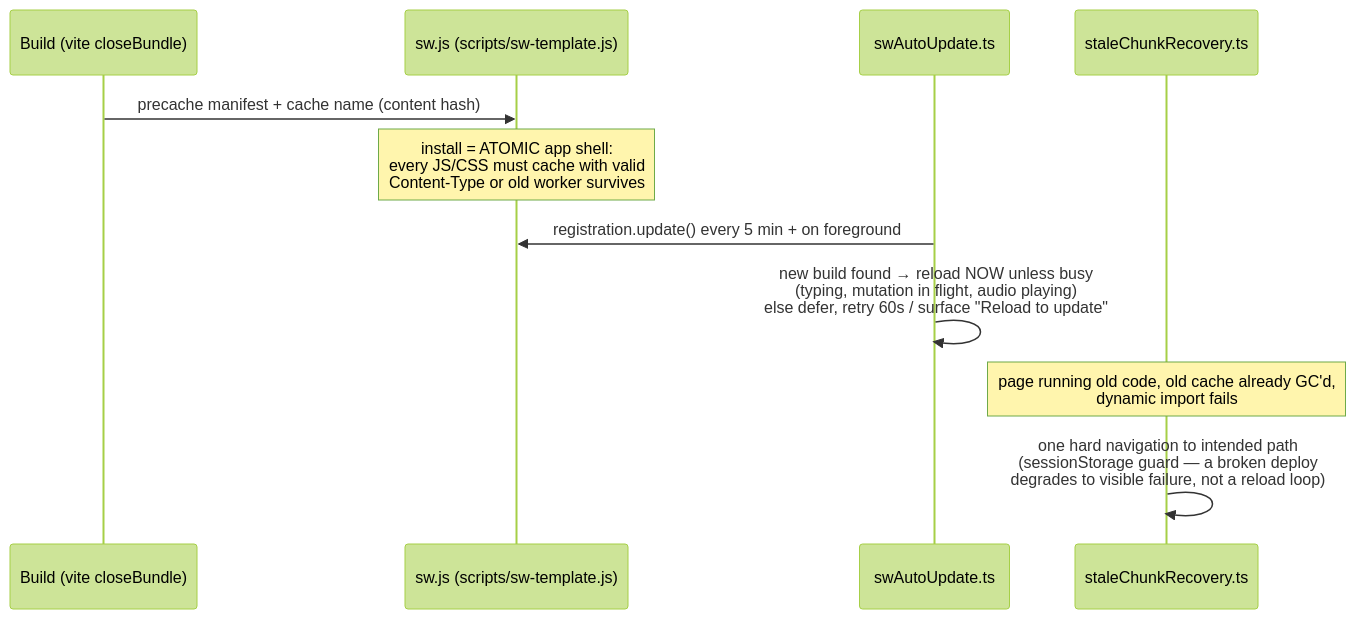
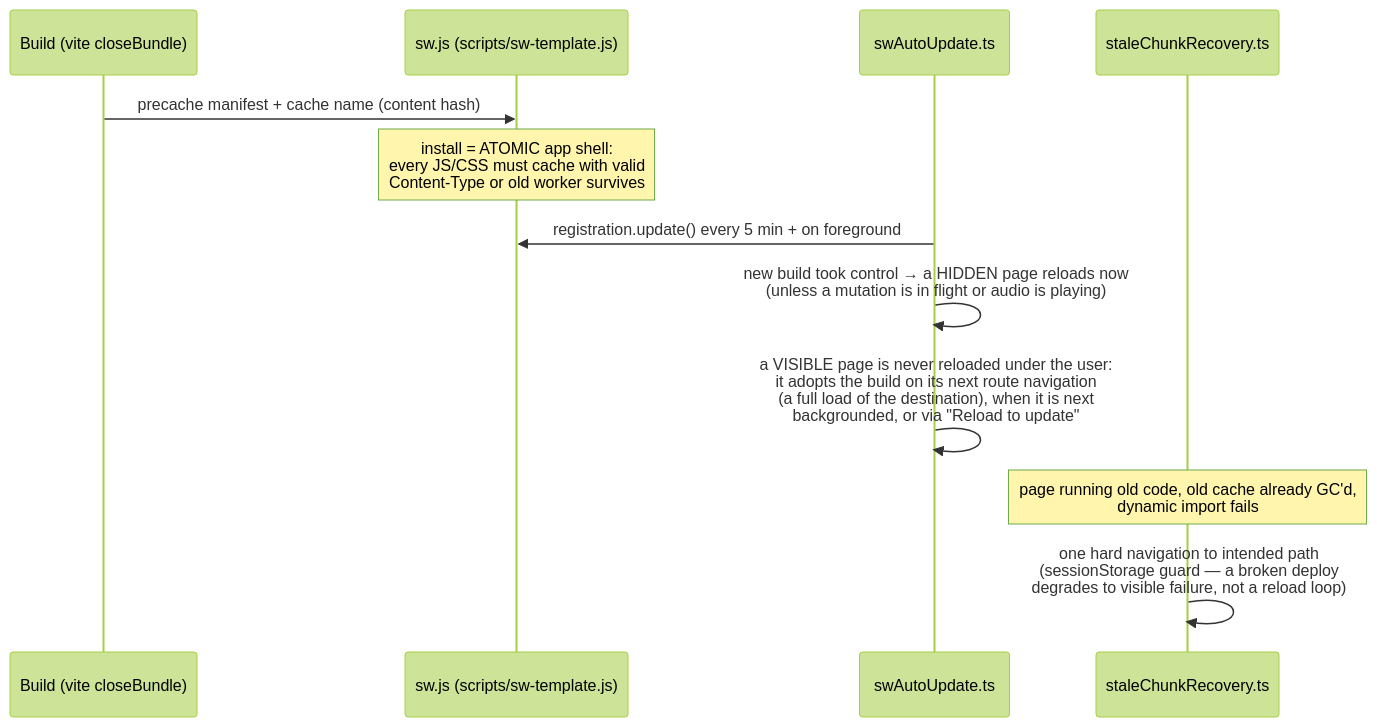
Before and after one commit to irongollem/grimoire: the fourth of 4 diagrams in context/architecture/internal.md, drawn with Mermaid (forest theme). The commit also changed other lines of this file and 13 other files, not shown here.

````diff
--- a/context/architecture/internal.md
+++ b/context/architecture/internal.md
@@ -149,14 +168,15 @@
 ```mermaid
 sequenceDiagram
     participant B as Build (vite closeBundle)
     participant SW as sw.js (scripts/sw-template.js)
     participant A as swAutoUpdate.ts
     participant R as staleChunkRecovery.ts
 
     B->>SW: precache manifest + cache name (content hash)
     Note over SW: install = ATOMIC app shell:<br/>every JS/CSS must cache with valid<br/>Content-Type or old worker survives
     A->>SW: registration.update() every 5 min + on foreground
-    A->>A: new build found → reload NOW unless busy<br/>(typing, mutation in flight, audio playing)<br/>else defer, retry 60s / surface "Reload to update"
+    A->>A: new build took control → a HIDDEN page reloads now<br/>(unless a mutation is in flight or audio is playing)
+    A->>A: a VISIBLE page is never reloaded under the user:<br/>it adopts the build on its next route navigation<br/>(a full load of the destination), when it is next<br/>backgrounded, or via "Reload to update"
     Note over R: page running old code, old cache already GC'd,<br/>dynamic import fails
     R->>R: one hard navigation to intended path<br/>(sessionStorage guard — a broken deploy<br/>degrades to visible failure, not a reload loop)
 ```
````
